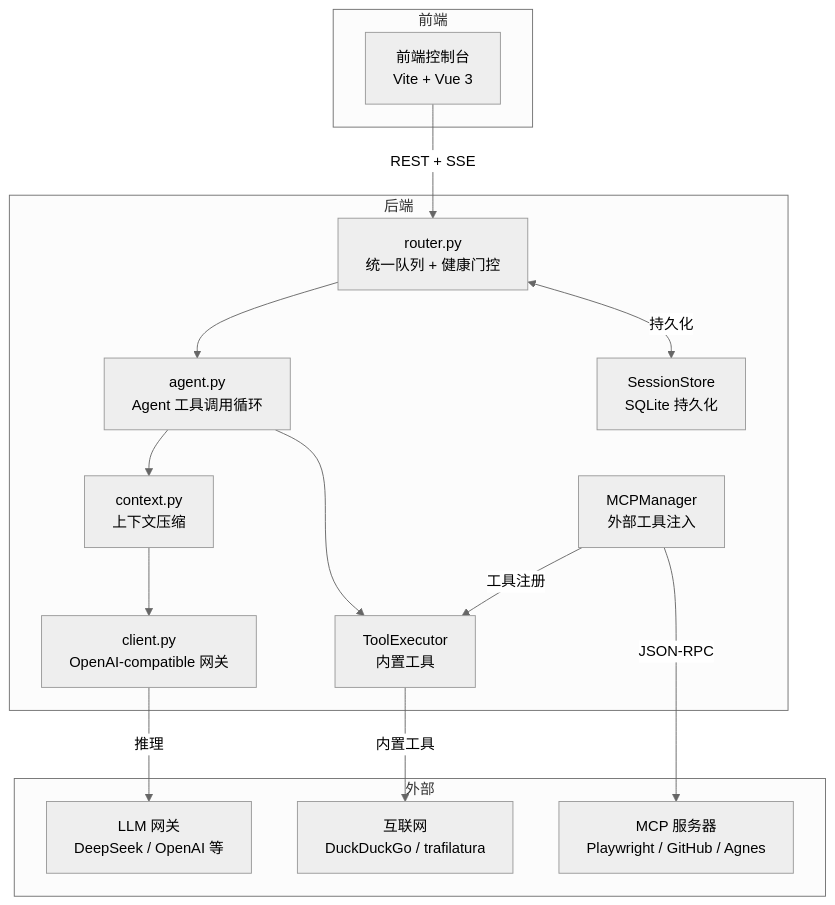
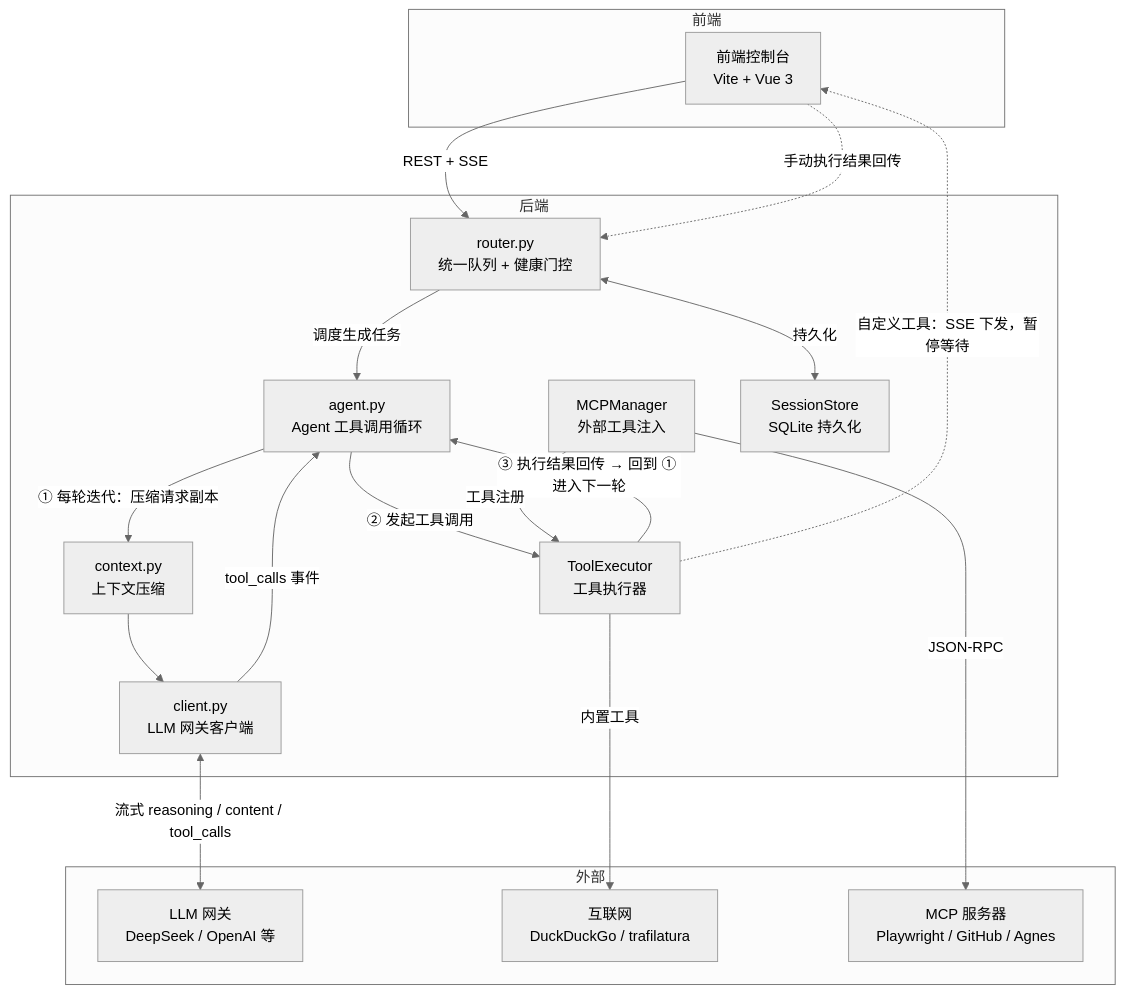
One commit to G-laity/IrisFlow-video changed the diagram in README.md. Above: the diagram before and after it, drawn with Mermaid (neutral theme). The commit also changed other lines of this file and 11 other files, not shown here.

````diff
--- a/README.md
+++ b/README.md
@@ -209,29 +209,34 @@
 ```mermaid
 graph TD
     subgraph 前端
         CONSOLE[前端控制台\nVite + Vue 3]
     end
     subgraph "后端"
         ROUTER[router.py\n统一队列 + 健康门控]
         AGENT[agent.py\nAgent 工具调用循环]
         CONTEXT[context.py\n上下文压缩]
-        CLIENT[client.py\nOpenAI-compatible 网关]
-        TOOLS[ToolExecutor\n内置工具]
+        CLIENT[client.py\nLLM 网关客户端]
+        TOOLS[ToolExecutor\n工具执行器]
         MCP[MCPManager\n外部工具注入]
         SESSIONS[SessionStore\nSQLite 持久化]
     end
     subgraph "外部"
         GATEWAY[LLM 网关\nDeepSeek / OpenAI 等]
         WEB[互联网\nDuckDuckGo / trafilatura]
         MCP_SRV[MCP 服务器\nPlaywright / GitHub / Agnes]
     end
     CONSOLE -->|REST + SSE| ROUTER
-    ROUTER --> AGENT
-    AGENT --> CONTEXT --> CLIENT
-    CLIENT -->|推理| GATEWAY
-    AGENT --> TOOLS
+    ROUTER -->|调度生成任务| AGENT
+    AGENT -->|"① 每轮迭代：压缩请求副本"| CONTEXT
+    CONTEXT --> CLIENT
+    CLIENT <-->|"流式 reasoning / content / tool_calls"| GATEWAY
+    CLIENT -->|tool_calls 事件| AGENT
+    AGENT -->|"② 发起工具调用"| TOOLS
     TOOLS -->|内置工具| WEB
+    TOOLS -->|"③ 执行结果回传 → 回到 ① 进入下一轮"| AGENT
+    TOOLS -.->|"自定义工具：SSE 下发，暂停等待"| CONSOLE
+    CONSOLE -.->|"手动执行结果回传"| ROUTER
     MCP -->|工具注册| TOOLS
     MCP -->|JSON-RPC| MCP_SRV
     ROUTER <-->|持久化| SESSIONS
 ```
````
